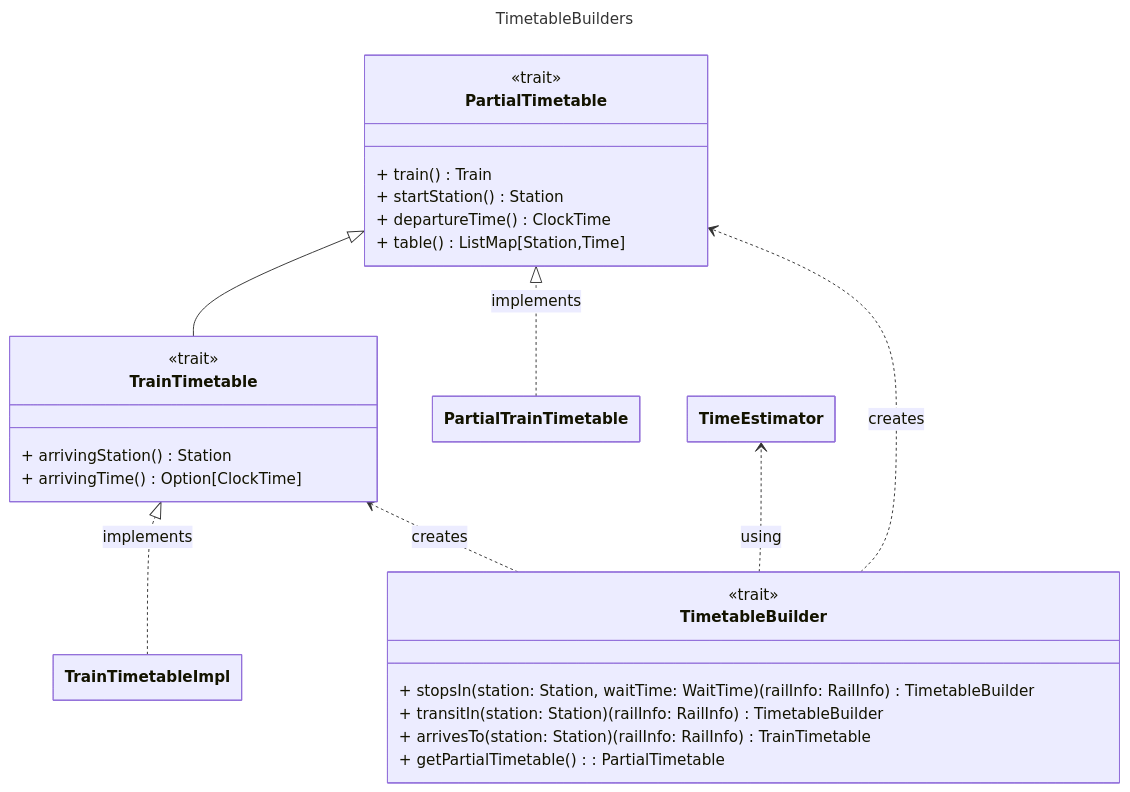
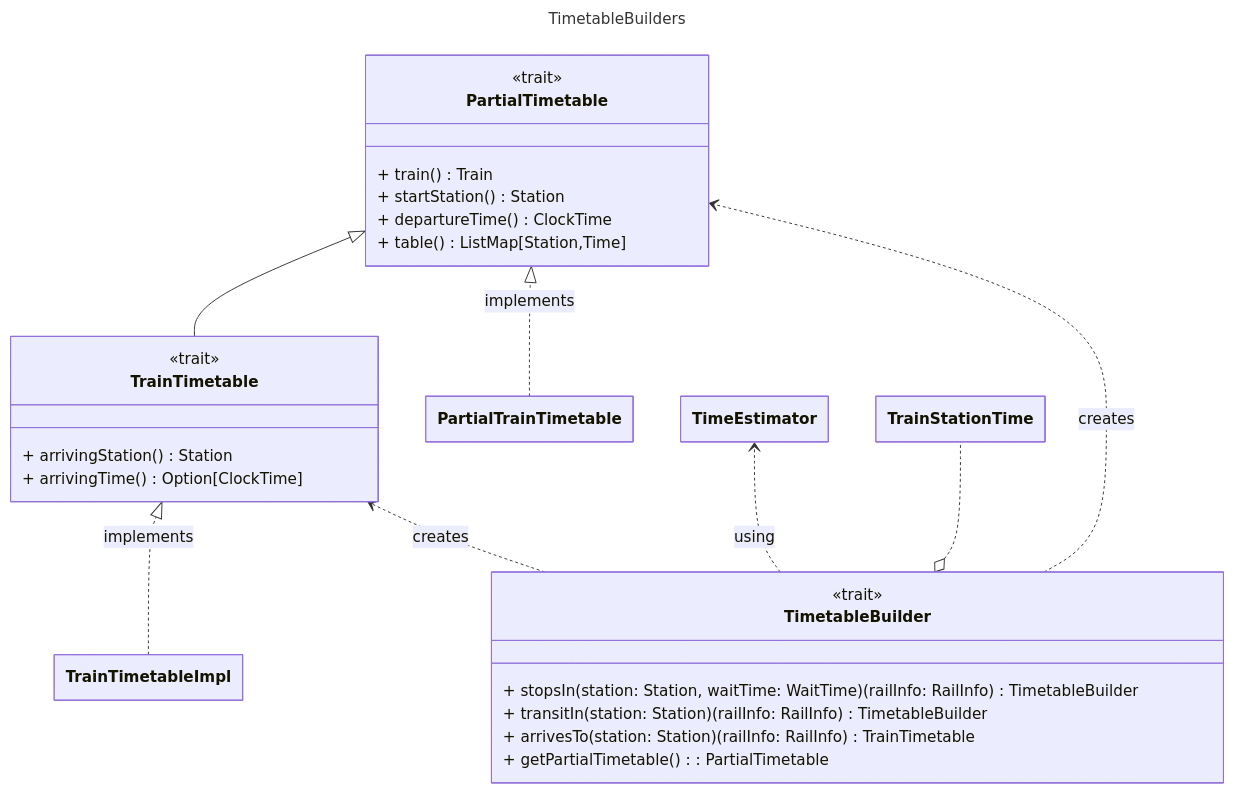
The eighth of 18 diagrams in docs/report/4-details-design.md (dev-pps/pps-23-ulisse), drawn with Mermaid before and after one commit. The commit also changed other lines of this file and 2 other files, not shown here.

````diff
--- a/docs/report/4-details-design.md
+++ b/docs/report/4-details-design.md
@@ -390,40 +417,41 @@
 ```mermaid
 ---
 title: TimetableBuilders
 config:
   class:
     hideEmptyMembersBox: true
 ---
 
 classDiagram
 direction BT
 
     class PartialTimetable {
         <<trait>>
         + train() Train
         + startStation() Station
         + departureTime() ClockTime
         + table() ListMap[Station,Time]
     }
 
     class TrainTimetable {
         <<trait>>
         + arrivingStation() Station
         + arrivingTime() Option[ClockTime]
     }
 
     class TimetableBuilder {
         <<trait>>
         + stopsIn(station: Station, waitTime: WaitTime)(railInfo: RailInfo) TimetableBuilder
         + transitIn(station: Station)(railInfo: RailInfo) TimetableBuilder
         + arrivesTo(station: Station)(railInfo: RailInfo) TrainTimetable
         + getPartialTimetable(): PartialTimetable
     }
 
     TrainTimetable --|> PartialTimetable
     TrainTimetableImpl ..|> TrainTimetable : implements
     PartialTrainTimetable ..|> PartialTimetable : implements
     TimetableBuilder ..> TimeEstimator : using
+    TimetableBuilder o.. TrainStationTime
     TimetableBuilder ..> PartialTimetable : creates
     TimetableBuilder ..> TrainTimetable : creates
 ```
````
